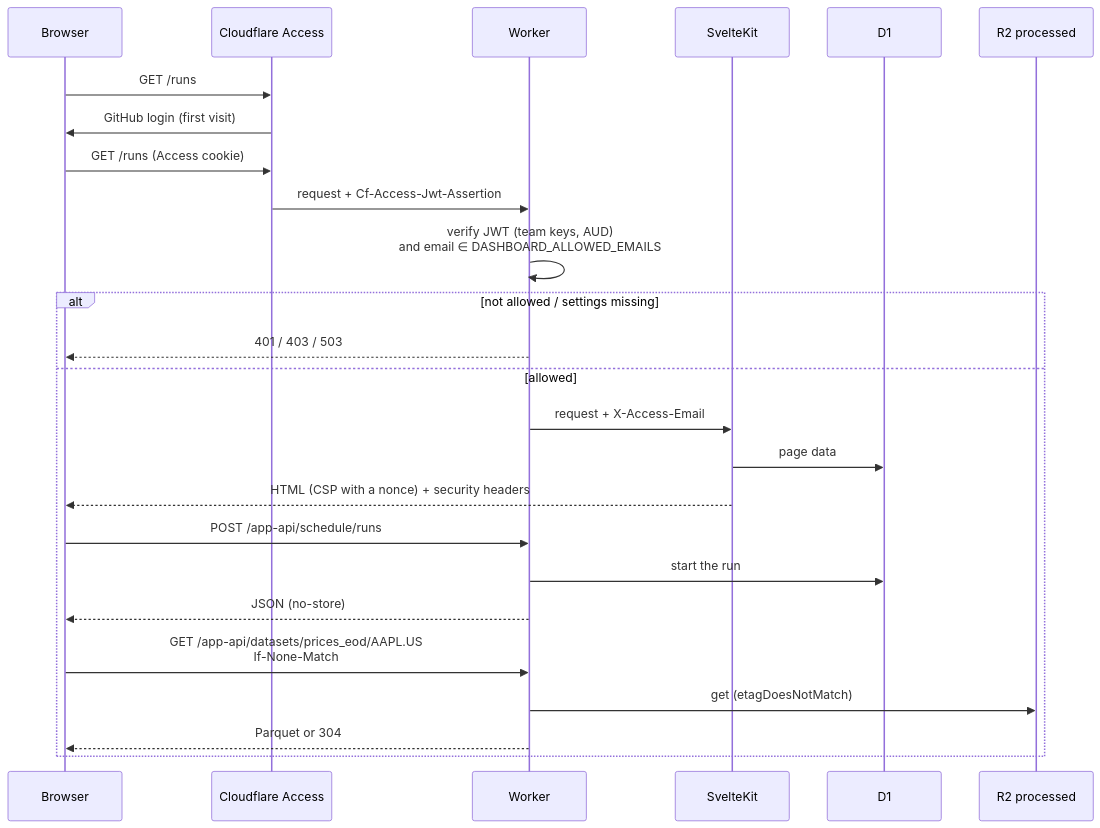
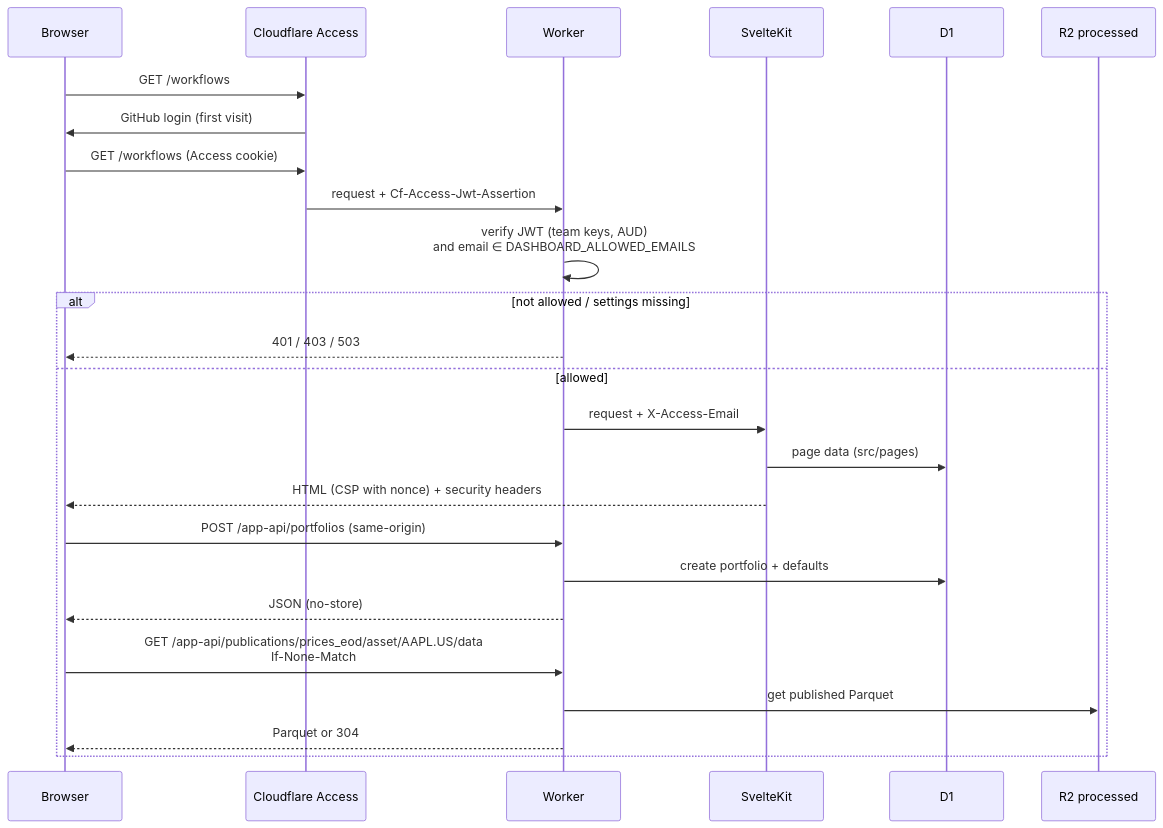
Before and after one commit to maxime-filippini/data-service: the diagram in docs/src/content/docs/operations/dashboard.md, drawn with Mermaid. The commit also changed other lines of this file and 165 other files, not shown here.

````diff
--- a/docs/src/content/docs/operations/dashboard.md
+++ b/docs/src/content/docs/operations/dashboard.md
@@ -58,28 +53,28 @@
 ```mermaid
 sequenceDiagram
   participant B as Browser
   participant A as Cloudflare Access
   participant W as Worker
   participant K as SvelteKit
   participant D1
   participant R2 as R2 processed
 
-  B->>A: GET /runs
+  B->>A: GET /workflows
   A->>B: GitHub login (first visit)
-  B->>A: GET /runs (Access cookie)
+  B->>A: GET /workflows (Access cookie)
   A->>W: request + Cf-Access-Jwt-Assertion
   W->>W: verify JWT (team keys, AUD)<br/>and email ∈ DASHBOARD_ALLOWED_EMAILS
   alt not allowed / settings missing
     W-->>B: 401 / 403 / 503
   else allowed
     W->>K: request + X-Access-Email
-    K->>D1: page data
-    K-->>B: HTML (CSP with a nonce) + security headers
-    B->>W: POST /app-api/schedule/runs
-    W->>D1: start the run
+    K->>D1: page data (src/pages)
+    K-->>B: HTML (CSP with nonce) + security headers
+    B->>W: POST /app-api/portfolios (same-origin)
+    W->>D1: create portfolio + defaults
     W-->>B: JSON (no-store)
-    B->>W: GET /app-api/datasets/prices_eod/AAPL.US<br/>If-None-Match
-    W->>R2: get (etagDoesNotMatch)
+    B->>W: GET /app-api/publications/prices_eod/asset/AAPL.US/data<br/>If-None-Match
+    W->>R2: get published Parquet
     W-->>B: Parquet or 304
   end
 ```
````
